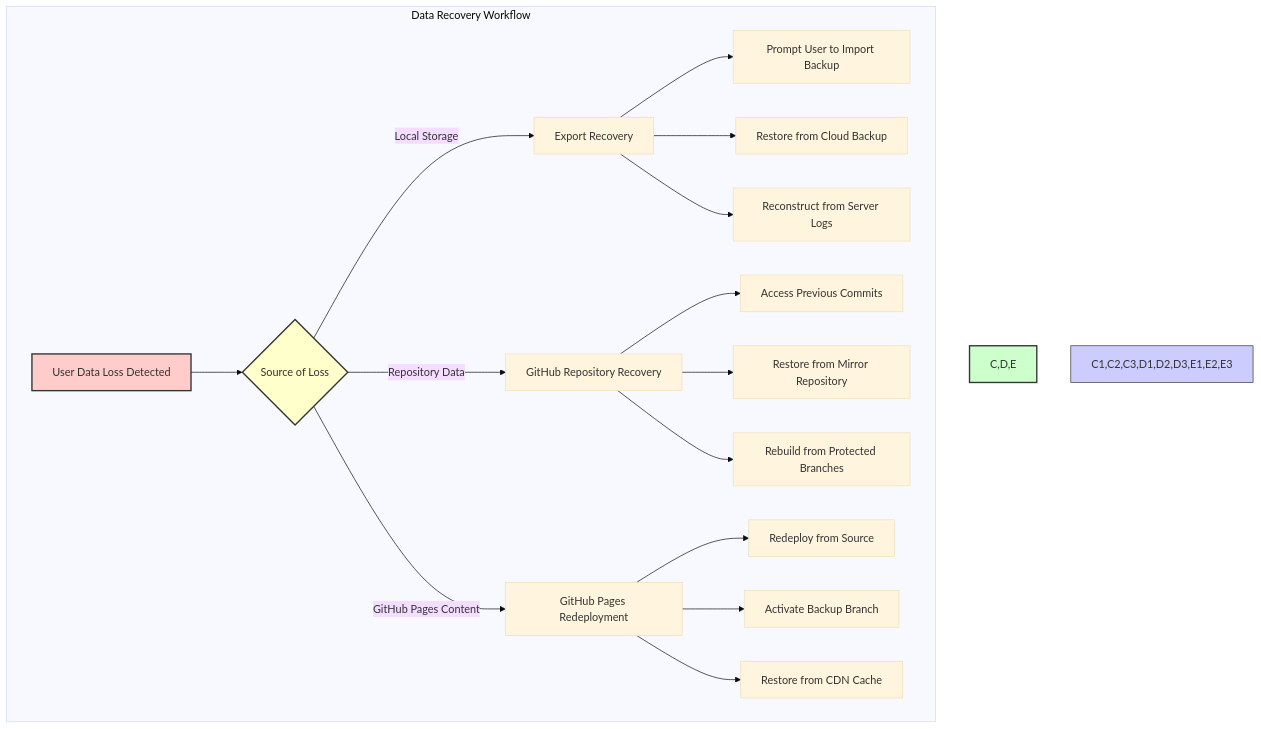
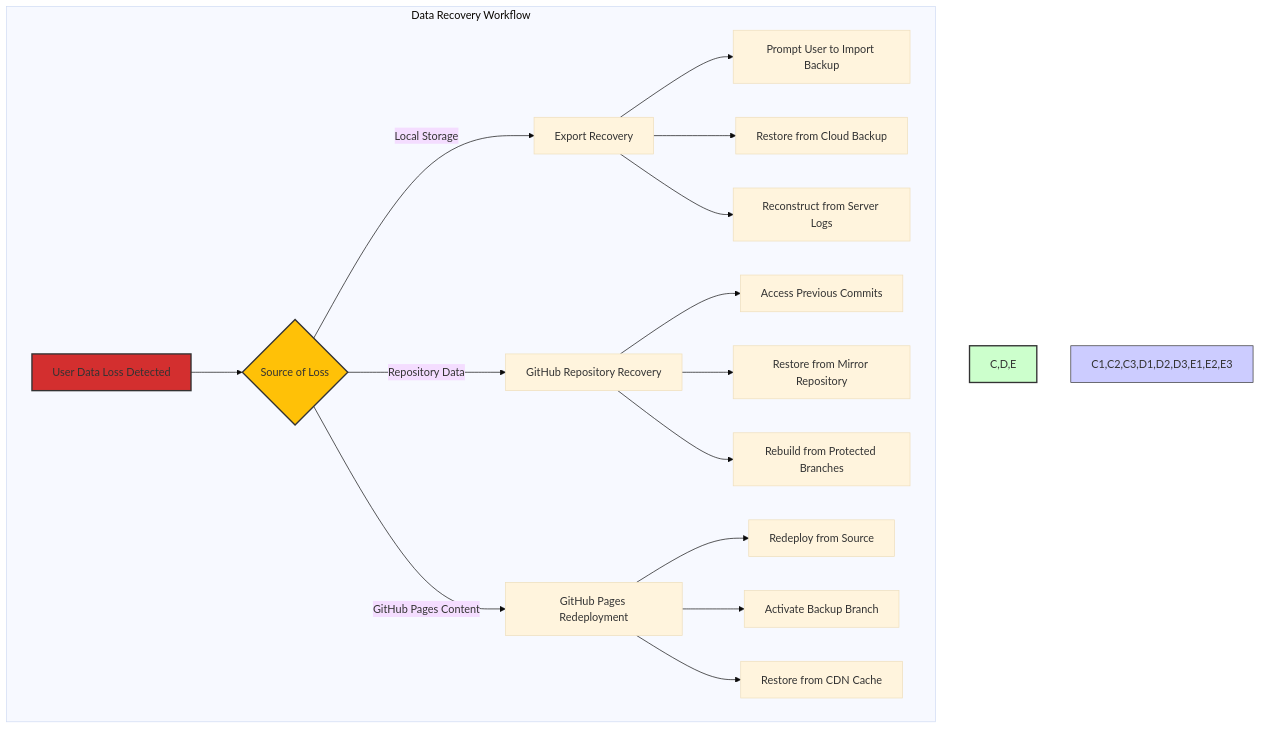
One commit to Hack23/cia-compliance-manager changed diagram 18 of 33 in docs/architecture/BCPPlan.md. Above: the diagram before and after it, drawn with Mermaid (base theme). The commit also changed other lines of this file and 18 other files, not shown here.

````diff
--- a/docs/architecture/BCPPlan.md
+++ b/docs/architecture/BCPPlan.md
@@ -727,26 +727,26 @@
 ```mermaid
 flowchart TD
     subgraph "Data Recovery Workflow"
         A[User Data Loss Detected] --> B{Source of Loss}
         B -->|"Local Storage"| C[Export Recovery]
         B -->|"Repository Data"| D[GitHub Repository Recovery]
         B -->|"GitHub Pages Content"| E[GitHub Pages Redeployment]
 
         C --> C1[Prompt User to Import Backup]
         C --> C2[Restore from Cloud Backup]
         C --> C3[Reconstruct from Server Logs]
 
         D --> D1[Access Previous Commits]
         D --> D2[Restore from Mirror Repository]
         D --> D3[Rebuild from Protected Branches]
 
         E --> E1[Redeploy from Source]
         E --> E2[Activate Backup Branch]
         E --> E3[Restore from CDN Cache]
     end
 
-    style A fill:#ffcccc,stroke:#333,stroke-width:2px
-    style B fill:#ffffcc,stroke:#333,stroke-width:2px
+    style A fill:#D32F2F,stroke:#333,stroke-width:2px
+    style B fill:#FFC107,stroke:#333,stroke-width:2px
     style C,D,E fill:#ccffcc,stroke:#333,stroke-width:2px
     style C1,C2,C3,D1,D2,D3,E1,E2,E3 fill:#ccccff,stroke:#333,stroke-width:1px
 ```
````
